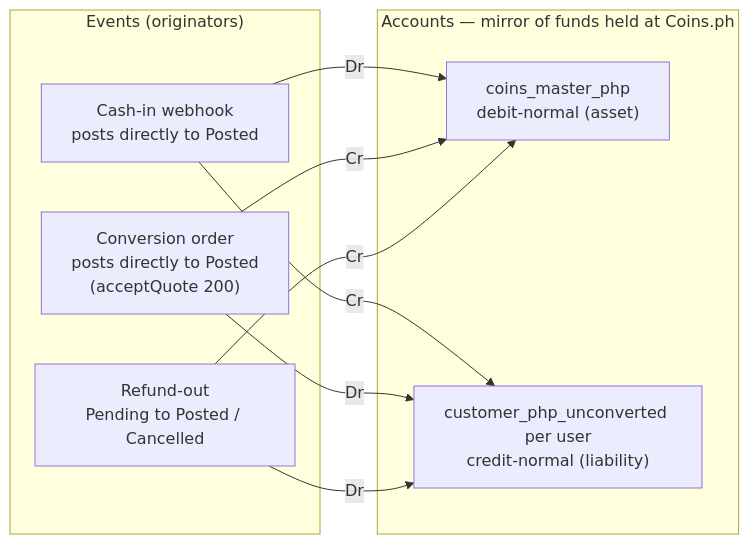
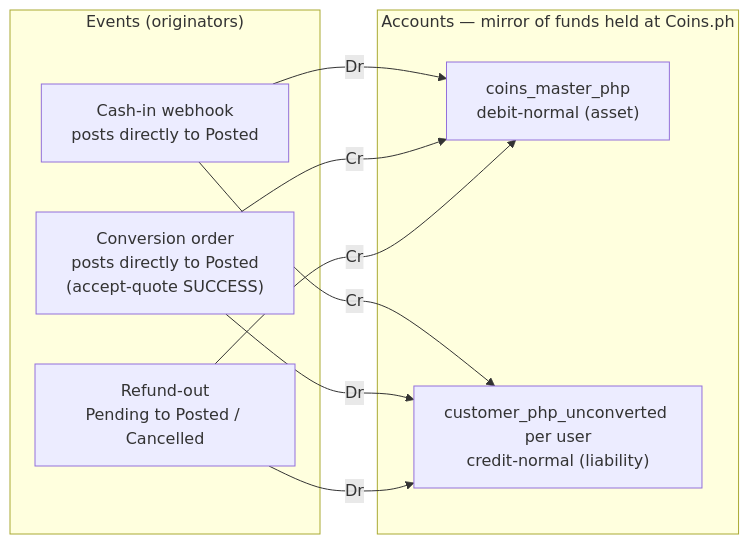
Before and after one commit to STAbraham/stablecoin-project: the first of 3 diagrams in tracks/c-usdc-vasp-privy/research/php-ledger-design.md, drawn with Mermaid. The commit also changed other lines of this file and 5 other files, not shown here.

Commit message:
Coins.ph public REST docs read: accept-quote posts on terminal SUCCESS (TODO/PROCESSING in contract, absorbed by initiated order row — D-L10 revised); fiat/v1/cash-out confirms OQ-13 capability; OQ-3/OQ-13 partially answered in PRD status board

````diff
--- a/tracks/c-usdc-vasp-privy/research/php-ledger-design.md
+++ b/tracks/c-usdc-vasp-privy/research/php-ledger-design.md
@@ -24,18 +24,18 @@
 ```mermaid
 flowchart LR
   subgraph EVENTS["Events (originators)"]
     CI["Cash-in webhook<br/>posts directly to Posted"]
-    CV["Conversion order<br/>posts directly to Posted<br/>(acceptQuote 200)"]
+    CV["Conversion order<br/>posts directly to Posted<br/>(accept-quote SUCCESS)"]
     RF["Refund-out<br/>Pending to Posted / Cancelled"]
   end
   subgraph ACCOUNTS["Accounts — mirror of funds held at Coins.ph"]
     MA["coins_master_php<br/>debit-normal (asset)"]
     UP["customer_php_unconverted per user<br/>credit-normal (liability)"]
   end
   CI -->|"Dr"| MA
   CI -->|"Cr"| UP
   CV -->|"Dr"| UP
   CV -->|"Cr"| MA
   RF -->|"Dr"| UP
   RF -->|"Cr"| MA
 ```
````
